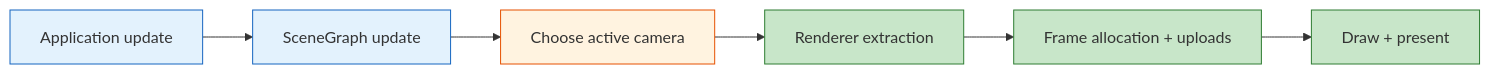
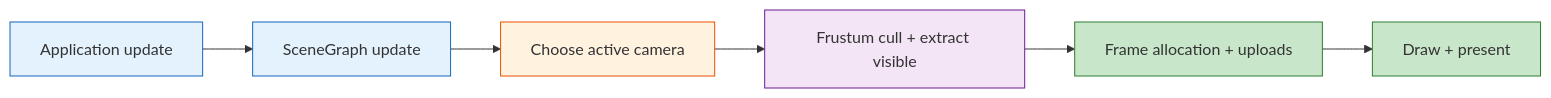
Before and after one commit to vansweej/nodemoss: the third of 3 diagrams in docs/APPLICATION.md, drawn with Mermaid. The commit also changed other lines of this file and 3 other files, not shown here.

````diff
--- a/docs/APPLICATION.md
+++ b/docs/APPLICATION.md
@@ -424,15 +425,15 @@
 ```mermaid
 flowchart LR
     App["Application update"] --> Scene["SceneGraph update"]
     Scene --> Cam["Choose active camera"]
-    Cam --> Extract["Renderer extraction"]
-    Extract --> Upload["Frame allocation + uploads"]
+    Cam --> Cull["Frustum cull + extract visible"]
+    Cull --> Upload["Frame allocation + uploads"]
     Upload --> Draw["Draw + present"]
 
     style App fill:#e3f2fd,stroke:#1565c0
     style Scene fill:#e3f2fd,stroke:#1565c0
     style Cam fill:#fff3e0,stroke:#e65100
-    style Extract fill:#c8e6c9,stroke:#2e7d32
+    style Cull fill:#f3e5f5,stroke:#6a1b9a
     style Upload fill:#c8e6c9,stroke:#2e7d32
     style Draw fill:#c8e6c9,stroke:#2e7d32
 ```
````
